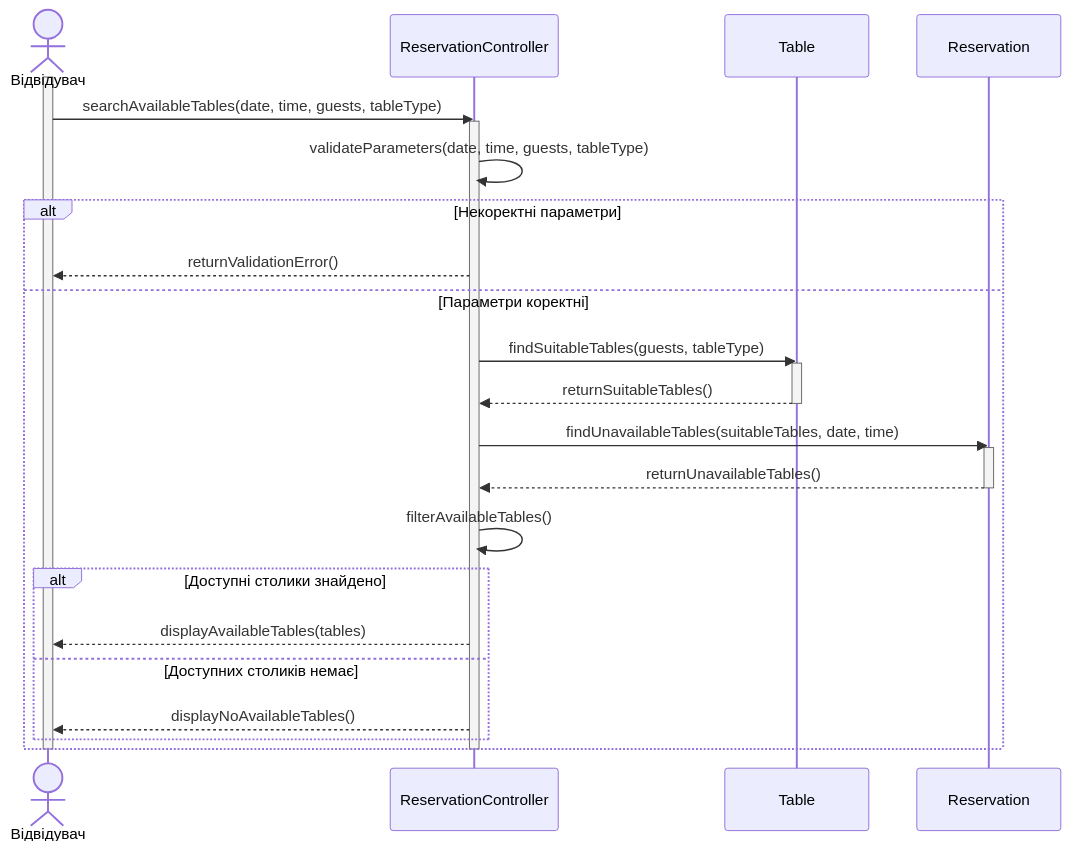
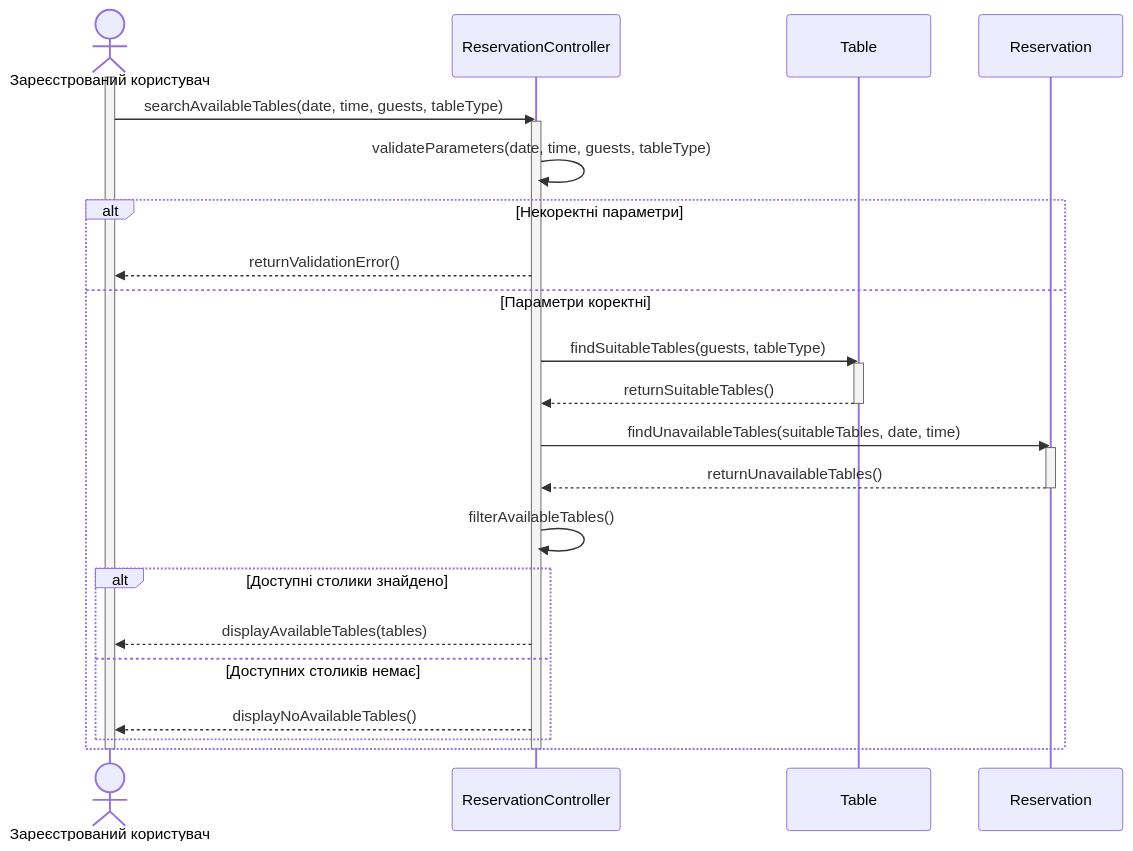
The diagram in lab3/scenario-1.md (Vvvvvaleriia/Labs-KPI), drawn with Mermaid before and after one commit. The commit also changed other lines of this file and 2 other files, not shown here.

````diff
--- a/lab3/scenario-1.md
+++ b/lab3/scenario-1.md
@@ -26,38 +26,38 @@
 ```mermaid
 sequenceDiagram
-    actor User as Відвідувач
+    actor User as Зареєстрований користувач
     participant RC as ReservationController
     participant T as Table
     participant R as Reservation
 
     activate User
     User->>RC: searchAvailableTables(date, time, guests, tableType)
     activate RC
 
     RC->>RC: validateParameters(date, time, guests, tableType)
 
     alt Некоректні параметри
         RC-->>User: returnValidationError()
     else Параметри коректні
         RC->>T: findSuitableTables(guests, tableType)
         activate T
         T-->>RC: returnSuitableTables()
         deactivate T
 
         RC->>R: findUnavailableTables(suitableTables, date, time)
         activate R
         R-->>RC: returnUnavailableTables()
         deactivate R
 
         RC->>RC: filterAvailableTables()
 
         alt Доступні столики знайдено
             RC-->>User: displayAvailableTables(tables)
         else Доступних столиків немає
             RC-->>User: displayNoAvailableTables()
         end
     end
 
     deactivate RC
     deactivate User
 ```
````
